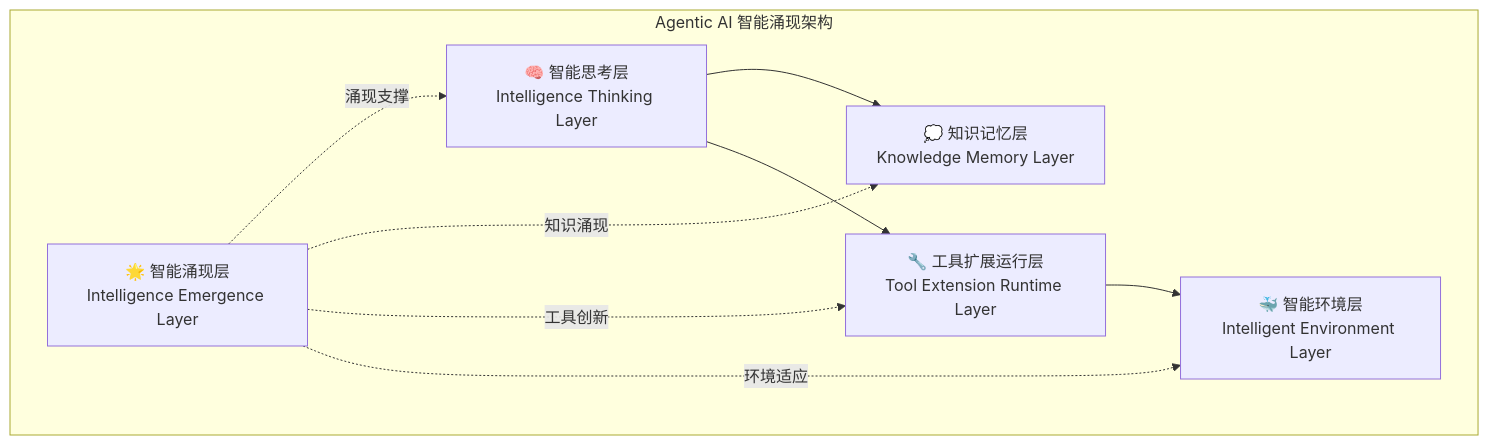
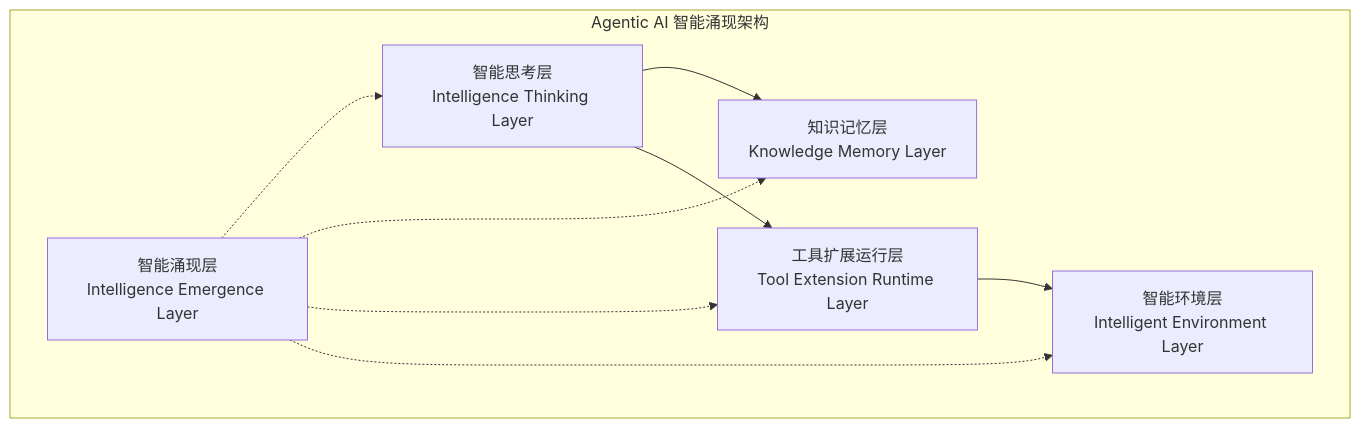
Before and after one commit to youyoude/agi-app-dev-guide-book: the second of 16 diagrams in 前言部分/Agentic_AI：通向AGI应用的关键前站与智能涌现之路.md, drawn with Mermaid. The commit also changed other lines of this file, not shown here.

````diff
--- a/前言部分/Agentic_AI：通向AGI应用的关键前站与智能涌现之路.md
+++ b/前言部分/Agentic_AI：通向AGI应用的关键前站与智能涌现之路.md
@@ -139,19 +152,19 @@
 ```mermaid
 graph TB
     subgraph "Agentic AI 智能涌现架构"
-        IE["🌟 智能涌现层<br/>Intelligence Emergence Layer"]
-        IT["🧠 智能思考层<br/>Intelligence Thinking Layer"]
-        KM["💭 知识记忆层<br/>Knowledge Memory Layer"]
-        TR["🔧 工具扩展运行层<br/>Tool Extension Runtime Layer"]
-        ENV["🐳 智能环境层<br/>Intelligent Environment Layer"]
+        IE["智能涌现层<br/>Intelligence Emergence Layer"]
+        IT["智能思考层<br/>Intelligence Thinking Layer"]
+        KM["知识记忆层<br/>Knowledge Memory Layer"]
+        TR["工具扩展运行层<br/>Tool Extension Runtime Layer"]
+        ENV["智能环境层<br/>Intelligent Environment Layer"]
     end
     
-    IE -.->|涌现支撑| IT
-    IE -.->|知识涌现| KM
-    IE -.->|工具创新| TR
-    IE -.->|环境适应| ENV
+    IE -.-> IT
+    IE -.-> KM
+    IE -.-> TR
+    IE -.-> ENV
     
     IT --> KM
     IT --> TR
     TR --> ENV
 ```
````
